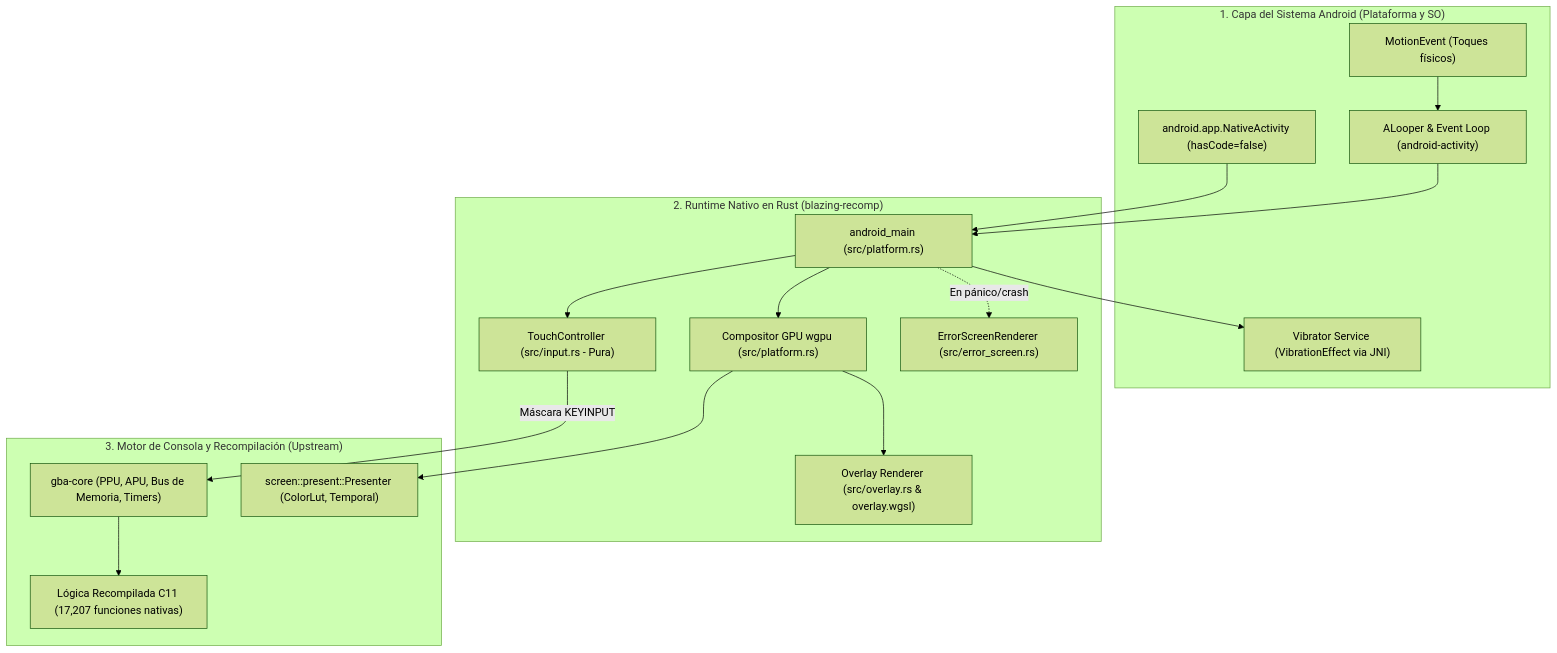
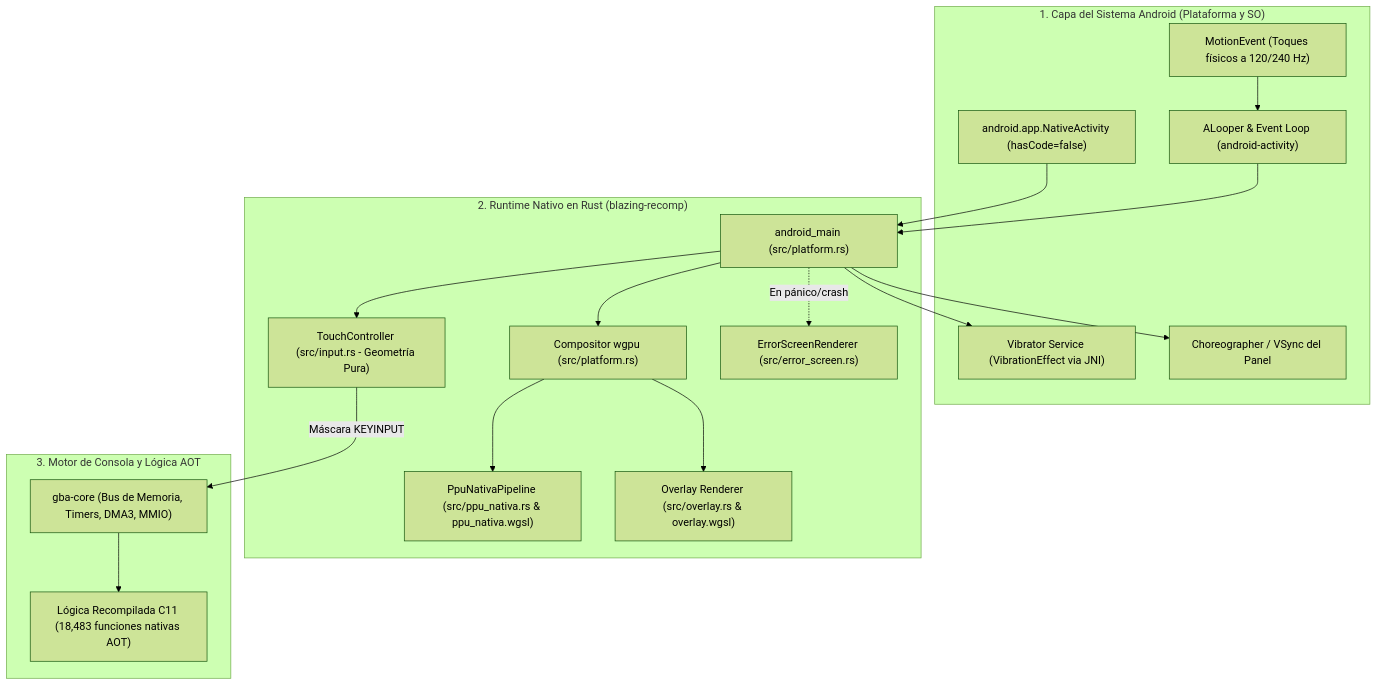
Before and after one commit to FelipeRomeroDUOC/blazing-recomp: the diagram in docs/explicacion/arquitectura-port-android.md, drawn with Mermaid (forest theme). The commit also changed other lines of this file and 2 other files, not shown here.

````diff
--- a/docs/explicacion/arquitectura-port-android.md
+++ b/docs/explicacion/arquitectura-port-android.md
@@ -20,34 +22,36 @@
 ```mermaid
 flowchart TD
     subgraph CapaAndroid["1. Capa del Sistema Android (Plataforma y SO)"]
         NA["android.app.NativeActivity (hasCode=false)"]
         Looper["ALooper & Event Loop (android-activity)"]
-        TouchOS["MotionEvent (Toques físicos)"]
+        TouchOS["MotionEvent (Toques físicos a 120/240 Hz)"]
         HapticOS["Vibrator Service (VibrationEffect via JNI)"]
+        Choreo["Choreographer / VSync del Panel"]
     end
 
     subgraph CapaRust["2. Runtime Nativo en Rust (blazing-recomp)"]
         AM["android_main (src/platform.rs)"]
-        TC["TouchController (src/input.rs - Pura)"]
-        Comp["Compositor GPU wgpu (src/platform.rs)"]
+        TC["TouchController (src/input.rs - Geometría Pura)"]
+        Comp["Compositor wgpu (src/platform.rs)"]
+        PPU["PpuNativaPipeline (src/ppu_nativa.rs & ppu_nativa.wgsl)"]
         Over["Overlay Renderer (src/overlay.rs & overlay.wgsl)"]
         ErrScr["ErrorScreenRenderer (src/error_screen.rs)"]
     end
 
-    subgraph CapaMotor["3. Motor de Consola y Recompilación (Upstream)"]
-        GbaCore["gba-core (PPU, APU, Bus de Memoria, Timers)"]
-        Screen["screen::present::Presenter (ColorLut, Temporal)"]
-        JuegoC["Lógica Recompilada C11 (17,207 funciones nativas)"]
+    subgraph CapaMotor["3. Motor de Consola y Lógica AOT"]
+        GbaCore["gba-core (Bus de Memoria, Timers, DMA3, MMIO)"]
+        JuegoC["Lógica Recompilada C11 (18,483 funciones nativas AOT)"]
     end
 
     NA --> AM
     TouchOS --> Looper --> AM
     AM --> TC
     TC -->|Máscara KEYINPUT| GbaCore
     AM --> HapticOS
+    AM --> Choreo
     AM --> Comp
+    Comp --> PPU
     Comp --> Over
-    Comp --> Screen
     GbaCore --> JuegoC
     AM -.->|En pánico/crash| ErrScr
 ```
````
